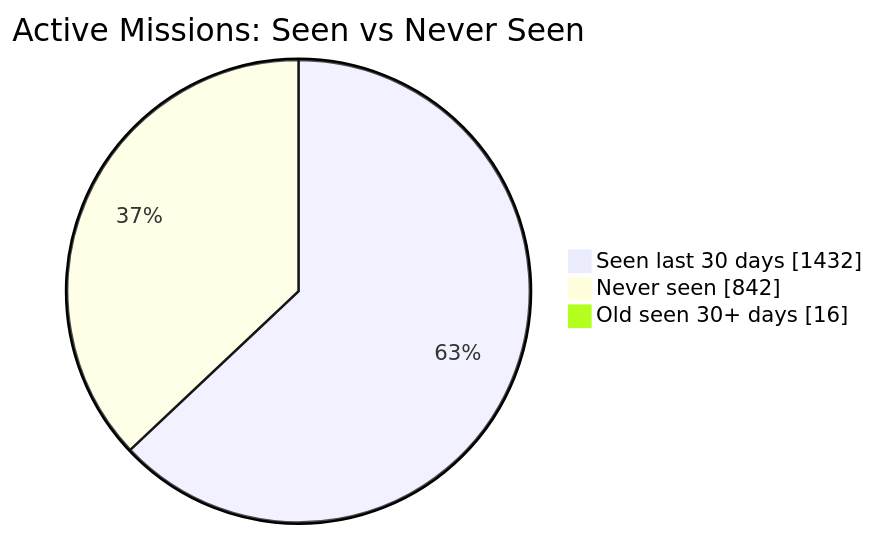
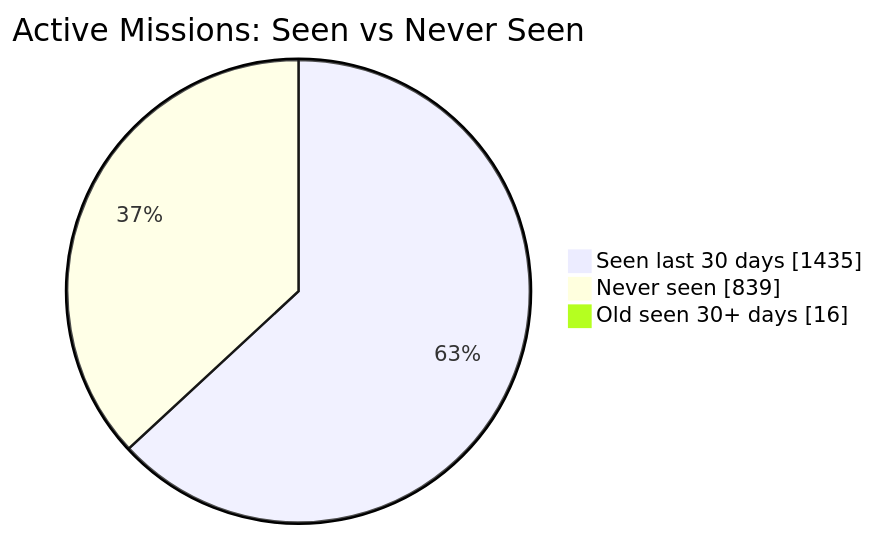
Before and after one commit to MeldkamerspelGameTeam/active-missions: the first of 2 diagrams in README.md, drawn with Mermaid. The commit also changed other lines of this file and 3 other files, not shown here.

````diff
--- a/README.md
+++ b/README.md
@@ -34,7 +34,7 @@
 ```mermaid
 pie showData
     title Active Missions: Seen vs Never Seen
-    "Seen last 30 days" : 1432
-    "Never seen" : 842
+    "Seen last 30 days" : 1435
+    "Never seen" : 839
     "Old seen 30+ days" : 16
 ```
````
